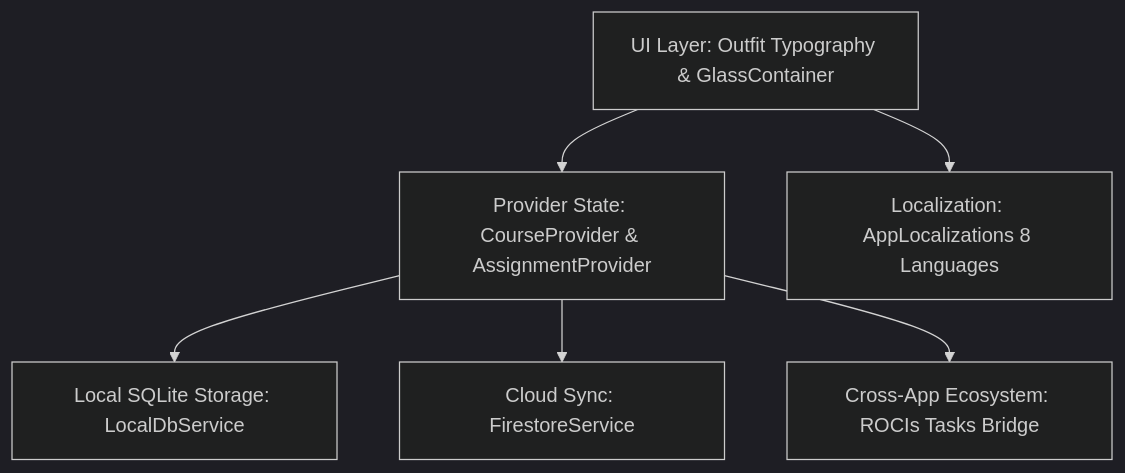
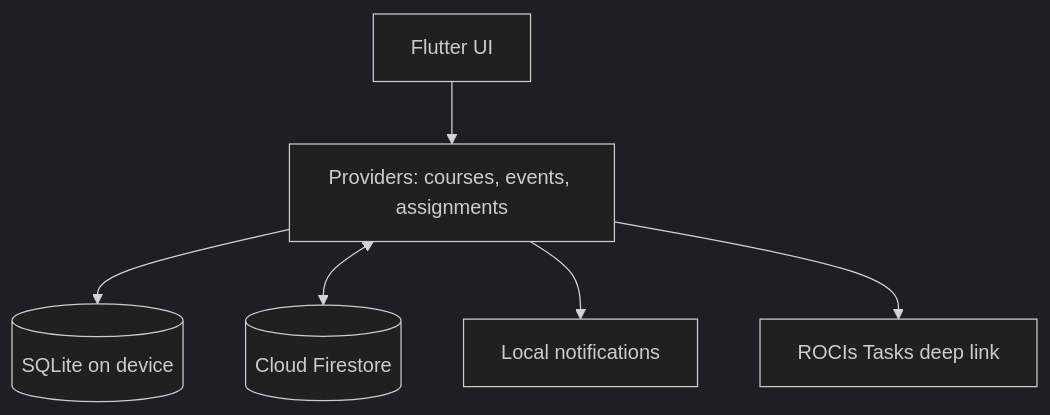
One commit to RoeeIlouz/ROCIs-Schedule changed the diagram in README.md. Above: the diagram before and after it, drawn with Mermaid (dark theme). The commit also changed other lines of this file, not shown here.

First line of the commit message:
docs(readme): rewrite around what the app does and how it works

````diff
--- a/README.md
+++ b/README.md
@@ -94,8 +63,8 @@
 ```mermaid
 graph TD
-    A[UI Layer: Outfit Typography & GlassContainer] --> B[Provider State: CourseProvider & AssignmentProvider]
-    B --> C[Local SQLite Storage: LocalDbService]
-    B --> D[Cloud Sync: FirestoreService]
-    B --> E[Cross-App Ecosystem: ROCIs Tasks Bridge]
-    A --> F[Localization: AppLocalizations 8 Languages]
+    UI[Flutter UI] --> P[Providers: courses, events, assignments]
+    P --> DB[(SQLite on device)]
+    P <--> FS[(Cloud Firestore)]
+    P --> N[Local notifications]
+    P --> T[ROCIs Tasks deep link]
 ```
````
